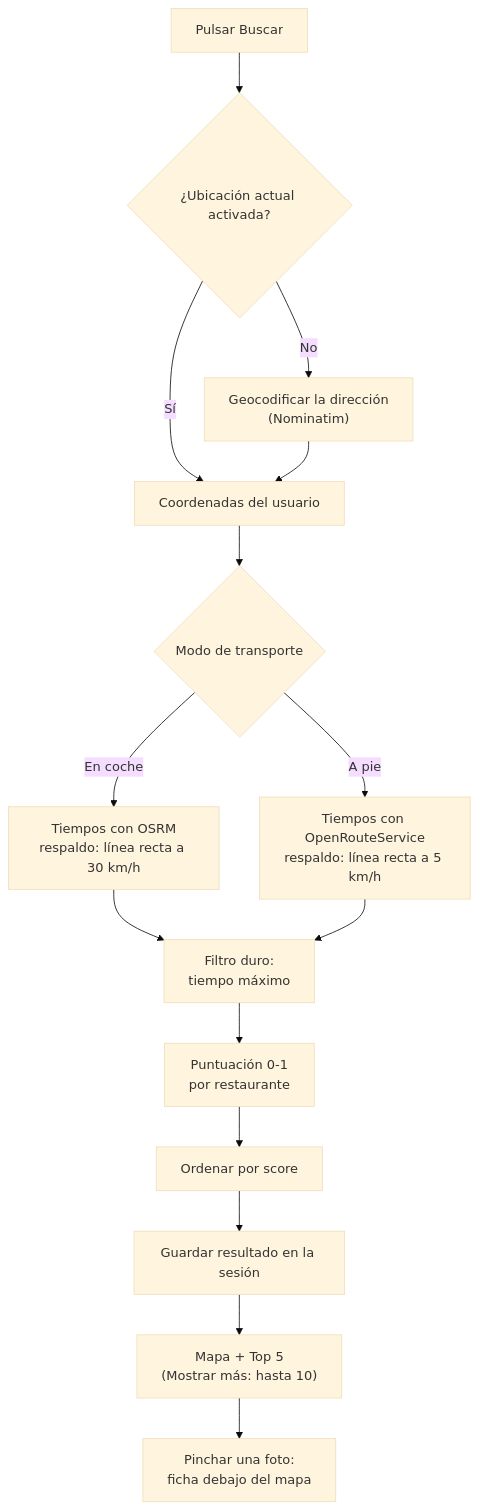
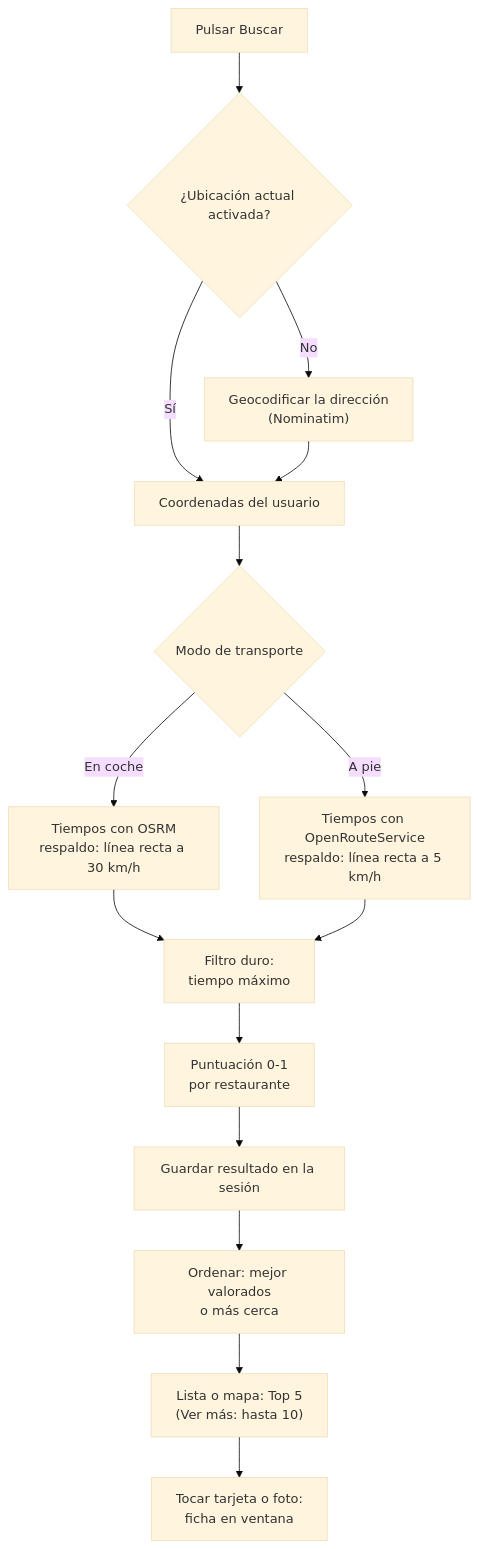
One commit to adrianramos13/restAIrantes changed the second of 2 diagrams in README.md. Above: the diagram before and after it, drawn with Mermaid (base theme). The commit also changed other lines of this file and 3 other files, not shown here.

````diff
--- a/README.md
+++ b/README.md
@@ -150,17 +155,17 @@
 ```mermaid
 flowchart TD
     A["Pulsar Buscar"] --> B{"¿Ubicación actual activada?"}
     B -->|"Sí"| D["Coordenadas del usuario"]
     B -->|"No"| C["Geocodificar la dirección<br/>(Nominatim)"]
     C --> D
     D --> E{"Modo de transporte"}
     E -->|"En coche"| F["Tiempos con OSRM<br/>respaldo: línea recta a 30 km/h"]
     E -->|"A pie"| G["Tiempos con OpenRouteService<br/>respaldo: línea recta a 5 km/h"]
     F --> H["Filtro duro:<br/>tiempo máximo"]
     G --> H
     H --> I["Puntuación 0-1<br/>por restaurante"]
-    I --> J["Ordenar por score"]
-    J --> K["Guardar resultado en la sesión"]
-    K --> L["Mapa + Top 5<br/>(Mostrar más: hasta 10)"]
-    L --> M["Pinchar una foto:<br/>ficha debajo del mapa"]
+    I --> K["Guardar resultado en la sesión"]
+    K --> J["Ordenar: mejor valorados<br/>o más cerca"]
+    J --> L["Lista o mapa: Top 5<br/>(Ver más: hasta 10)"]
+    L --> M["Tocar tarjeta o foto:<br/>ficha en ventana"]
 ```
````
